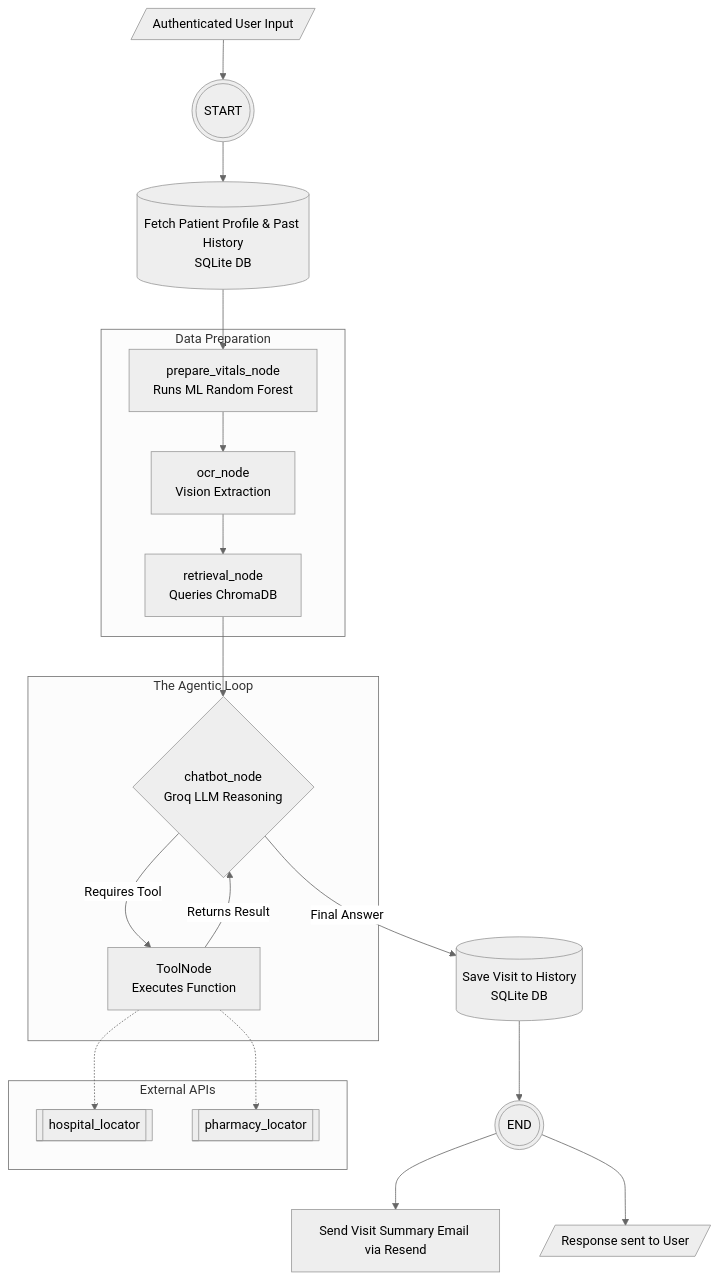
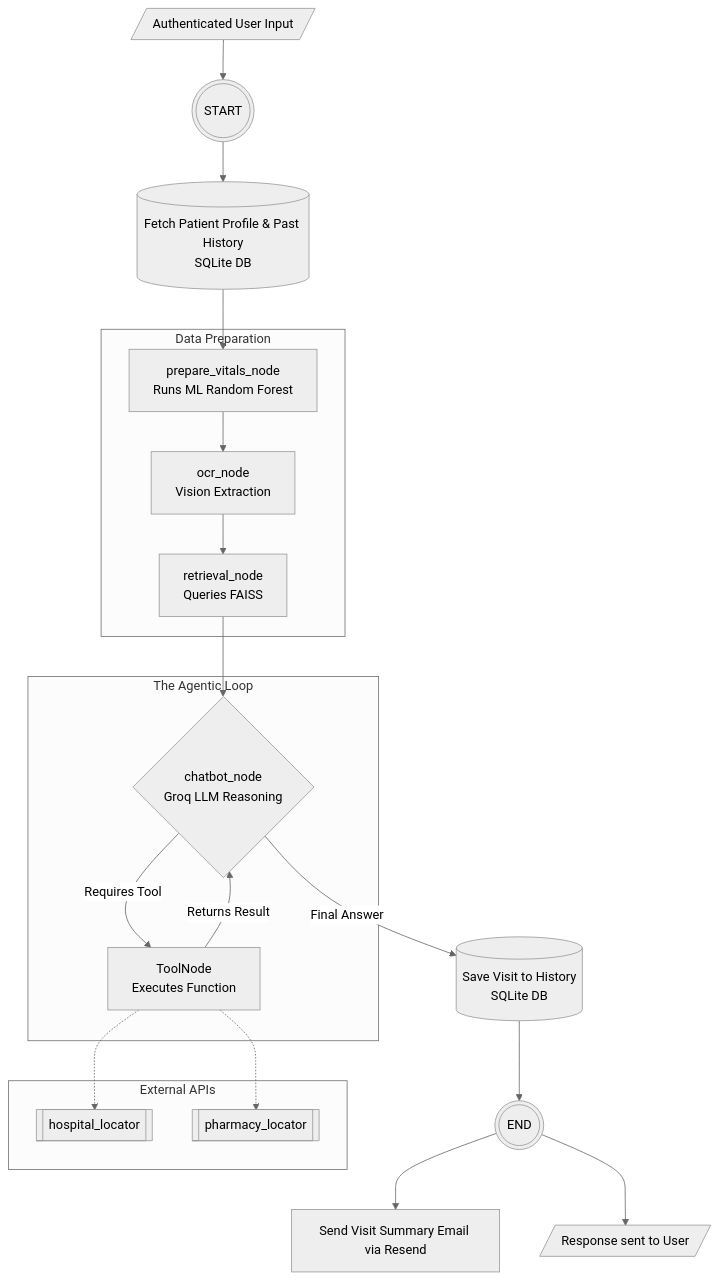
Before and after one commit to mahaveer0738/fyp-health-app: the diagram in README.md, drawn with Mermaid (neutral theme). The commit also changed other lines of this file and 62 other files, not shown here.

````diff
--- a/README.md
+++ b/README.md
@@ -45,41 +46,41 @@
 ```mermaid
 graph TD
     %% Entry
     Input[/Authenticated User Input/] --> START(((START)))
     START --> AuthCheck
 
     AuthCheck[(Fetch Patient Profile & Past History<br>SQLite DB)] --> N1
 
     %% Sequential Data Prep Pipeline
     subgraph "Data Preparation"
         N1[prepare_vitals_node<br>Runs ML Random Forest] --> N2
         N2[ocr_node<br>Vision Extraction] --> N3
-        N3[retrieval_node<br>Queries ChromaDB]
+        N3[retrieval_node<br>Queries FAISS]
     end
 
     N3 --> N4
 
     %% The ReAct Agent Loop
     subgraph "The Agentic Loop"
         N4{chatbot_node<br>Groq LLM Reasoning}
         N4 -- "Requires Tool" --> N5[ToolNode<br>Executes Function]
         N5 -- "Returns Result" --> N4
     end
 
     %% Exit
     N4 -- "Final Answer" --> SaveVisit
     SaveVisit[(Save Visit to History<br>SQLite DB)] --> END(((END)))
     
     %% Post-Graph Processes
     END --> Email[Send Visit Summary Email via Resend]
     END --> Output[/Response sent to User/]
 
     %% Tool Definitions
     subgraph "External APIs"
         T1[[hospital_locator]]
         T2[[pharmacy_locator]]
     end
     
     N5 -.-> T1
     N5 -.-> T2
 ```
````
